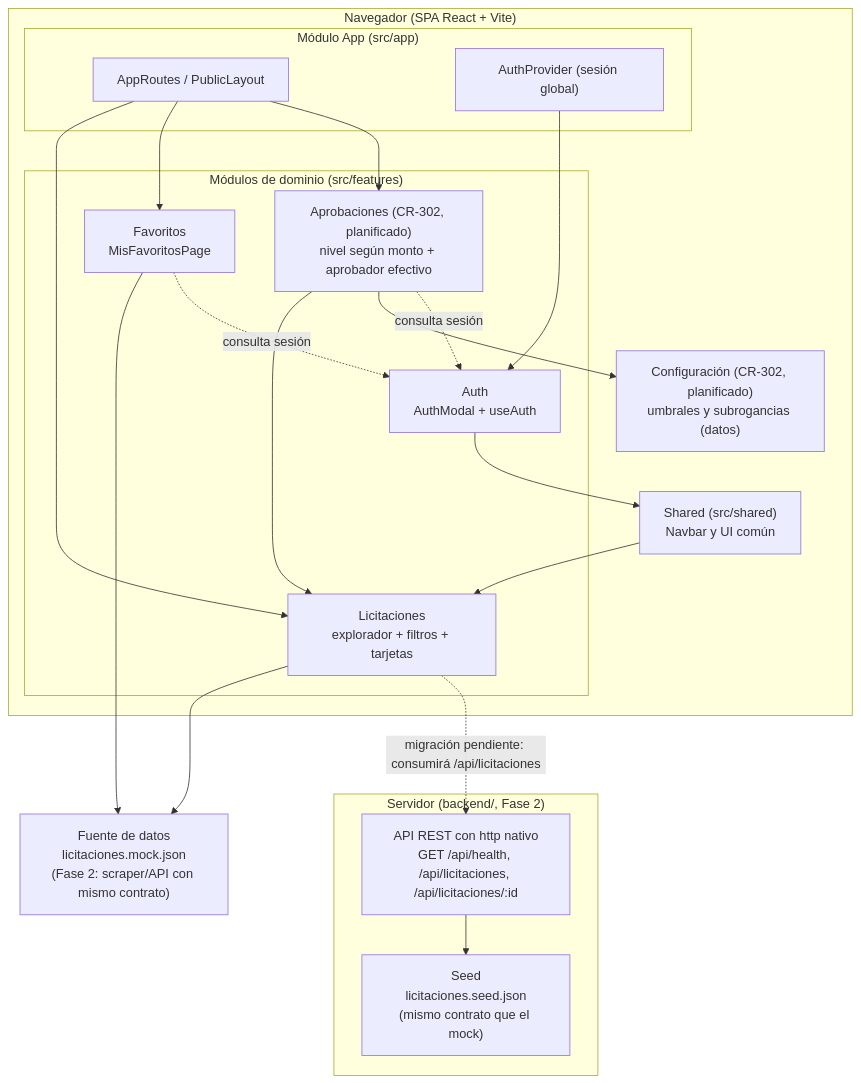
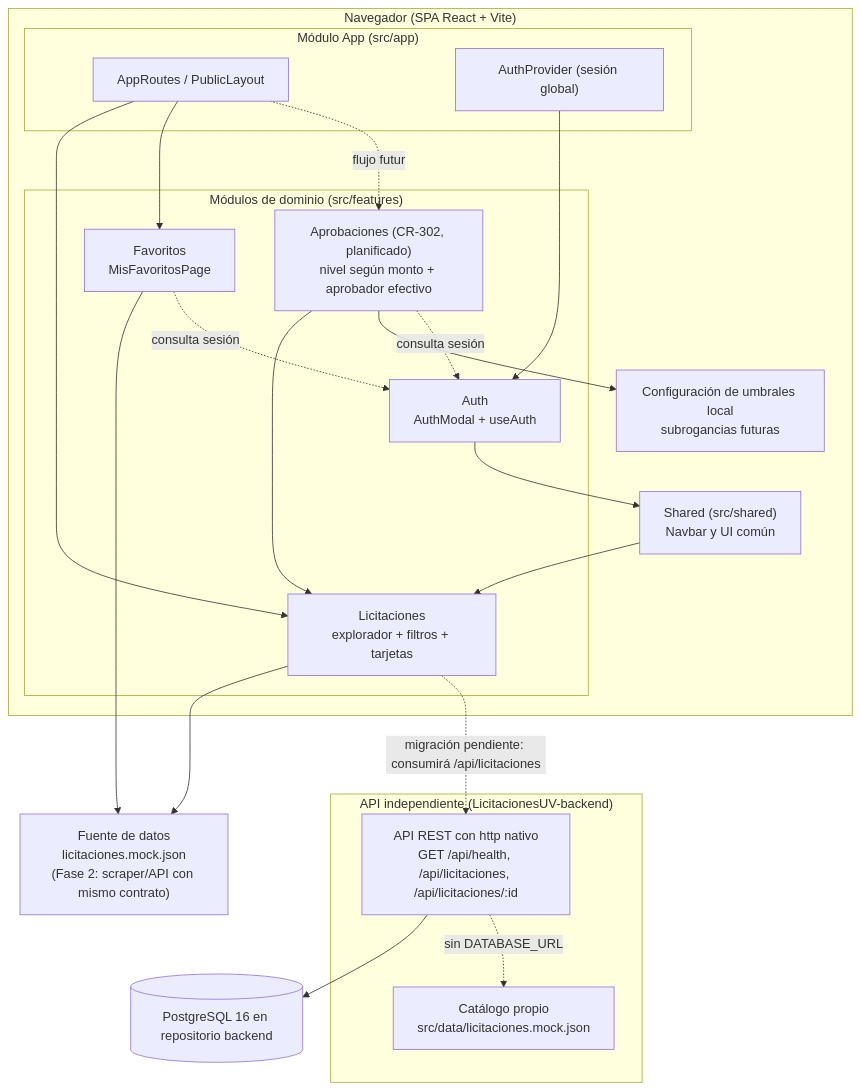
One commit to Wilson-Jara/LicitacionesUV changed the diagram in docs/Arquitectura.md. Above: the diagram before and after it, drawn with Mermaid. The commit also changed other lines of this file and 40 other files, not shown here.

Commit message:
Separa el backend del repositorio principal (#113)

````diff
--- a/docs/Arquitectura.md
+++ b/docs/Arquitectura.md
@@ -26,38 +26,40 @@
 ```mermaid
 flowchart TB
     subgraph Cliente["Navegador (SPA React + Vite)"]
         subgraph App["Módulo App (src/app)"]
             Rutas["AppRoutes / PublicLayout"]
             Providers["AuthProvider (sesión global)"]
         end
         subgraph Feats["Módulos de dominio (src/features)"]
             L["Licitaciones<br/>explorador + filtros + tarjetas"]
             A["Auth<br/>AuthModal + useAuth"]
             F["Favoritos<br/>MisFavoritosPage"]
             AP["Aprobaciones (CR-302, planificado)<br/>nivel según monto + aprobador efectivo"]
         end
         Shared["Shared (src/shared)<br/>Navbar y UI común"]
-        Conf["Configuración (CR-302, planificado)<br/>umbrales y subrogancias (datos)"]
+        Conf["Configuración de umbrales local<br/>subrogancias futuras"]
     end
     Datos["Fuente de datos<br/>licitaciones.mock.json<br/>(Fase 2: scraper/API con mismo contrato)"]
 
-    subgraph Backend["Servidor (backend/, Fase 2)"]
+    subgraph Backend["API independiente (LicitacionesUV-backend)"]
         API["API REST con http nativo<br/>GET /api/health, /api/licitaciones, /api/licitaciones/:id"]
-        Seed["Seed<br/>licitaciones.seed.json<br/>(mismo contrato que el mock)"]
+        Seed["Catálogo propio<br/>src/data/licitaciones.mock.json"]
     end
-    API --> Seed
+    PG[(PostgreSQL 16 en repositorio backend)]
+    API --> PG
+    API -.sin DATABASE_URL.-> Seed
 
     Rutas --> L
     Rutas --> F
-    Rutas --> AP
+    Rutas -.flujo futuro.-> AP
     Providers --> A
     A --> Shared
     Shared --> L
     L --> Datos
     F --> Datos
     AP --> L
     AP --> Conf
     AP -.consulta sesión.-> A
     F -.consulta sesión.-> A
     L -.migración pendiente: consumirá /api/licitaciones.-> API
 ```
````
